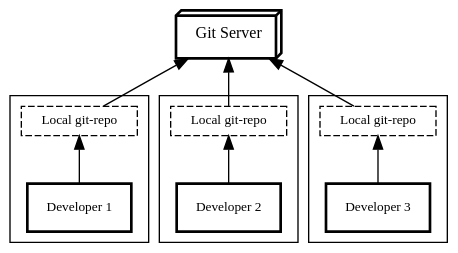
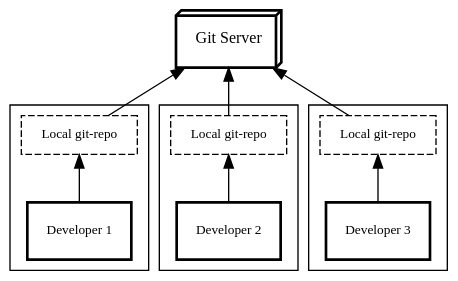
Before and after one commit to Gepardec/git-training: the diagram in slides/intro/src/docs/asciidoc/graphviz/git-system.dot, drawn with Graphviz. The commit also changed 10 other files, not shown here.

```diff
--- a/slides/intro/src/docs/asciidoc/graphviz/git-system.dot
+++ b/slides/intro/src/docs/asciidoc/graphviz/git-system.dot
@@ -1,35 +1,35 @@
 digraph svn_system {
         bgcolor="transparent";
         splines=line;
 
-        node[width=0.5,height=0.5, shape=circle,fontsize=12.0,shape="box3d"];
+        node[width=0.6,height=0.6, shape=circle,fontsize=12.0,shape="box3d"];
         "git"[label="Git Server",style="bold"];
 
-        node[width=0.3,height=0.3, shape=circle,fontsize=10.0,shape="box",style="dashed"];
+        node[width=0.4,height=0.4, shape=circle,fontsize=10.0,shape="box",style="dashed"];
         "git-dev-1"[label="Local git-repo",group="git-local"];
         "git-dev-2"[label="Local git-repo",group="git-local"];
         "git-dev-3"[label="Local git-repo",group="git-local"];
 
-        node[width=0.5,height=0.5, shape=circle,fontsize=10.0,style="bold",shape="box"];
+        node[width=0.6,height=0.6, shape=circle,fontsize=10.0,style="bold",shape="box"];
         "dev-1"[label="Developer 1"];
         "dev-2"[label="Developer 2"];
         "dev-3"[label="Developer 3"];
 
         edge[weight=2,arrowhead=open,dir="back"]
         "git" -> {"git-dev-1" "git-dev-2" "git-dev-3"}
 
     subgraph cluster_0 {
         edge[weight=2,arrowhead=open,dir="back"]
         "git-dev-1" -> "dev-1"
     }
 
     subgraph cluster_1 {
         edge[weight=2,arrowhead=open,dir="back"]
         "git-dev-2" -> "dev-2"
     }
 
     subgraph cluster_2 {
         edge[weight=2,arrowhead=open,dir="back"]
         "git-dev-3" -> "dev-3"
     }
 }
```
